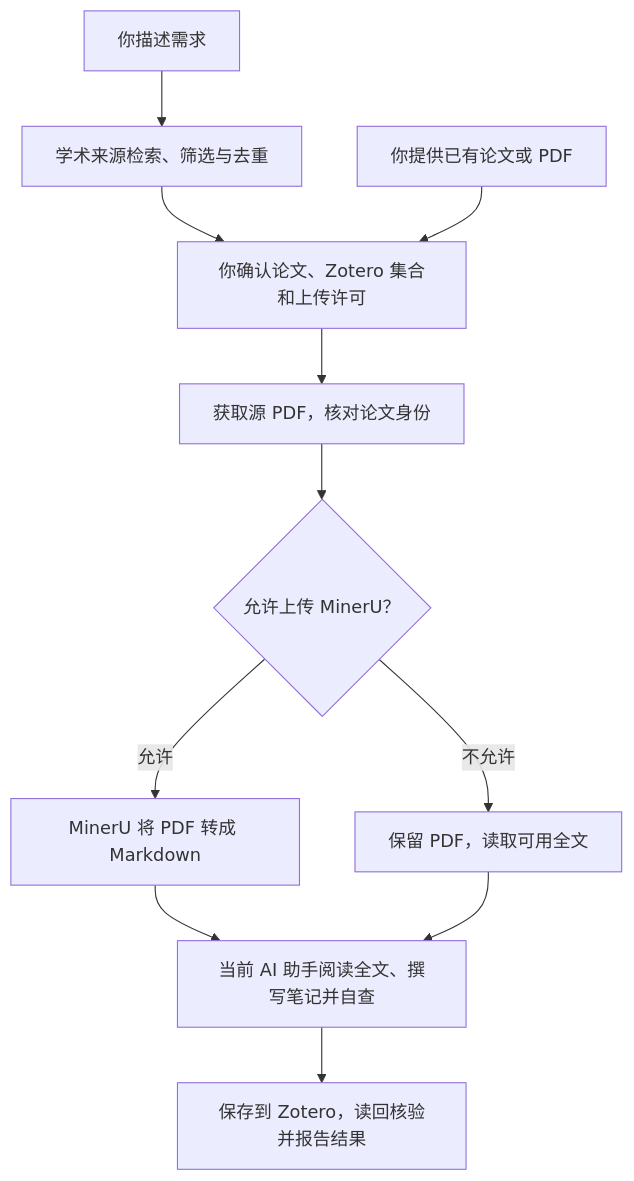
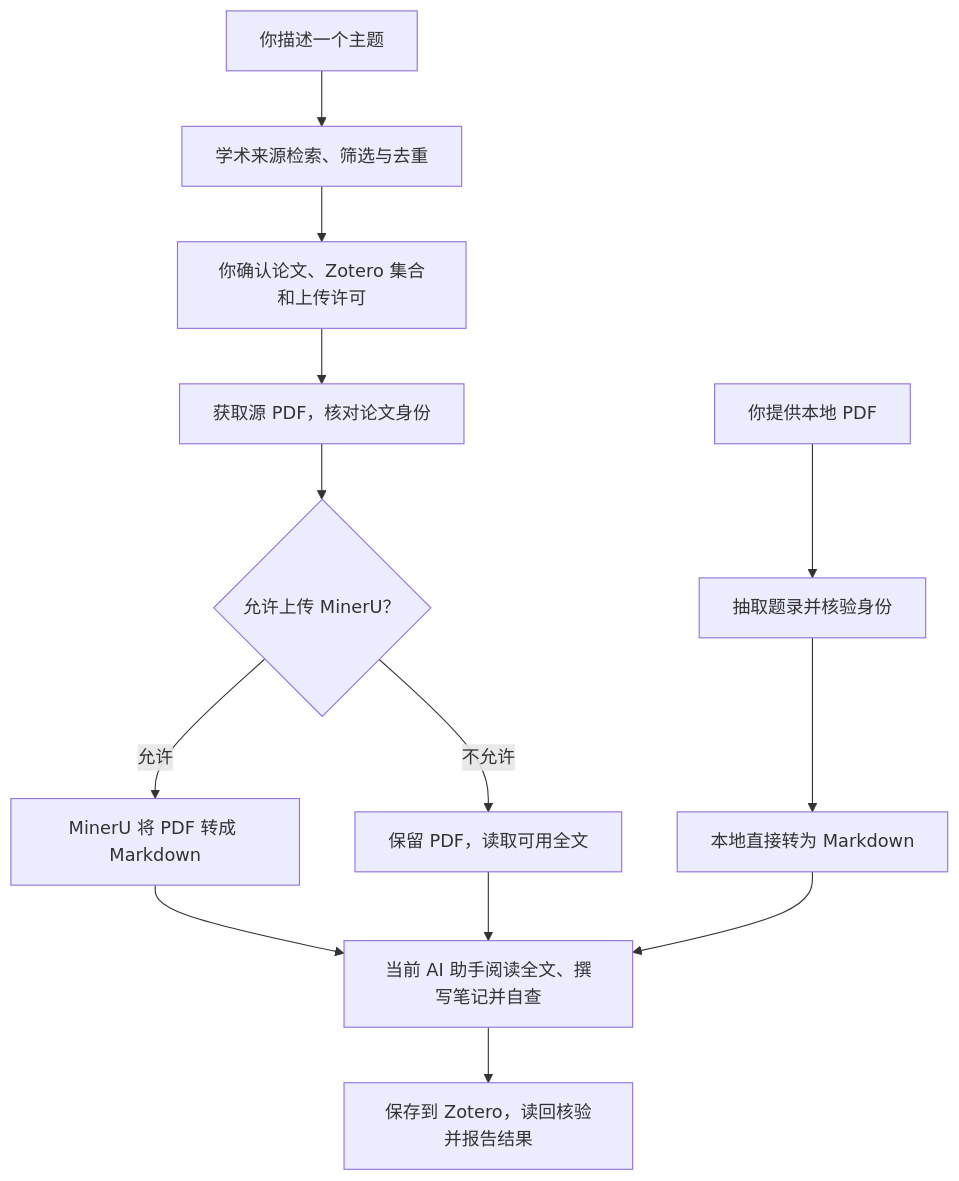
The diagram in README.md (Timisic/paper2zotero-skill), drawn with Mermaid before and after one commit. The commit also changed other lines of this file and 23 other files, not shown here.

First line of the commit message:
补上本地 PDF 快路径：自动题录、核验并直接转 Markdown (#1)

````diff
--- a/README.md
+++ b/README.md
@@ -36,13 +36,15 @@
 ```mermaid
 flowchart TD
-    A[你描述需求] --> B[学术来源检索、筛选与去重]
+    A[你描述一个主题] --> B[学术来源检索、筛选与去重]
     B --> C[你确认论文、Zotero 集合和上传许可]
-    P[你提供已有论文或 PDF] --> C
     C --> D[获取源 PDF，核对论文身份]
     D --> E{允许上传 MinerU？}
     E -->|允许| F[MinerU 将 PDF 转成 Markdown]
     E -->|不允许| G[保留 PDF，读取可用全文]
+    P[你提供本地 PDF] --> Q[抽取题录并核验身份]
+    Q --> R[本地直接转为 Markdown]
     F --> H[当前 AI 助手阅读全文、撰写笔记并自查]
     G --> H
+    R --> H
     H --> I[保存到 Zotero，读回核验并报告结果]
 ```
````
